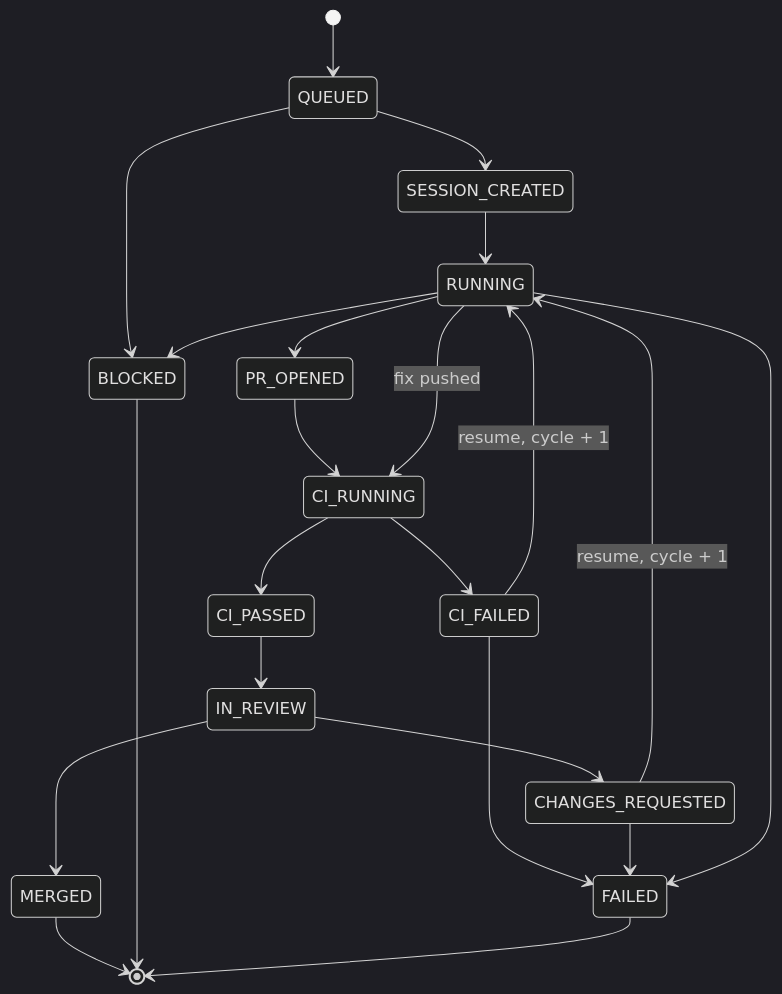
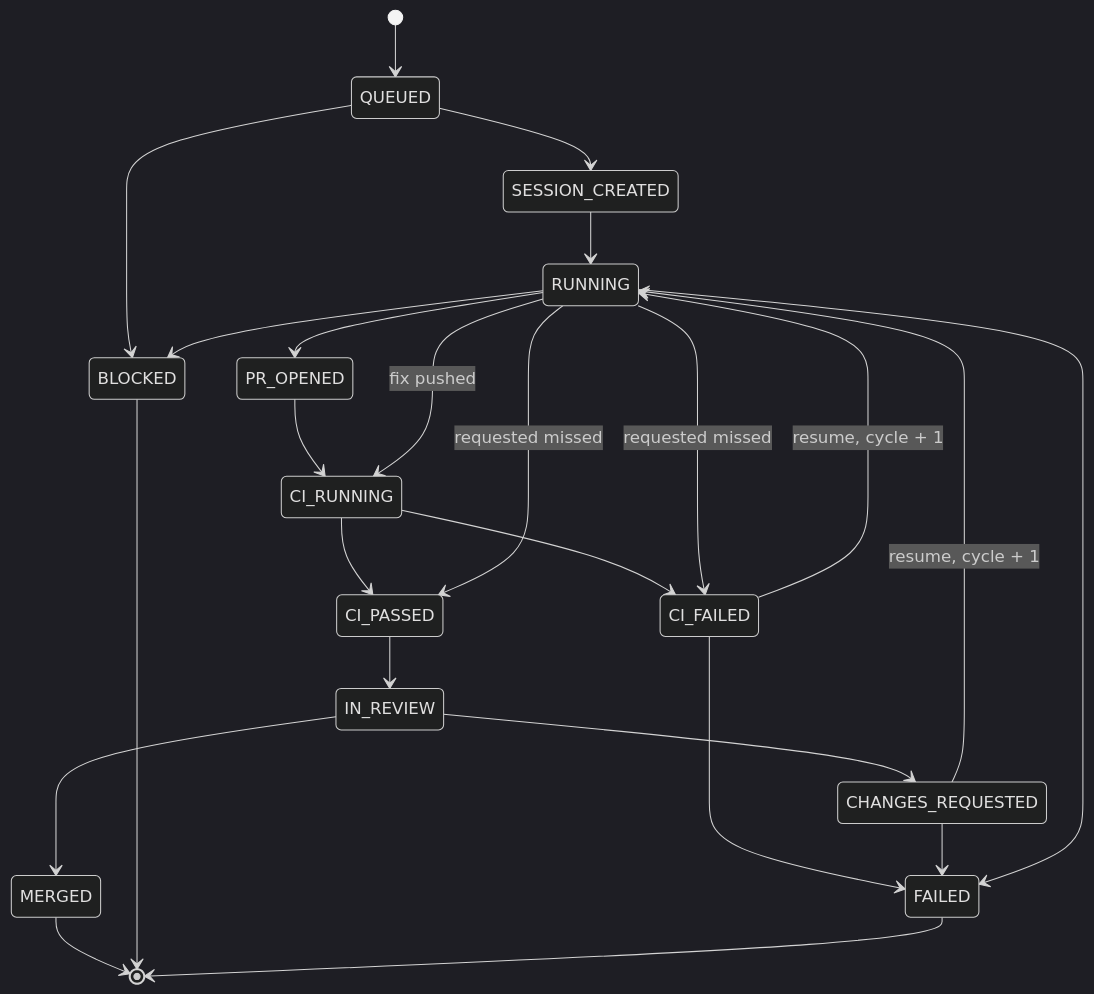
One commit to taxpon/sentinel changed the first of 2 diagrams in docs/04-state-machine.md. Above: the diagram before and after it, drawn with Mermaid (dark theme). The commit also changed 2 other files, not shown here.

Commit message:
T14: pin the default cycle limit and check the state diagram
DEFAULT_MAX_FIX_CYCLES was the one value in the module no test constrained:
every test touching it derived its expectation from the constant itself, so 2, 4
or 99 all left the suite green. The spec fixes it at 3 in the operations
configuration table, which is now where the test reads it from, like every other
transcription here.

The state diagram gained only one of the three widened edges last time. It now
draws RUNNING --> CI_PASSED and RUNNING --> CI_FAILED as well, and a test
compares the drawn edges against the transition table: exact in both directions
for the ordinary edges, subset for the escalation edges, which the table states
as "any" and the diagram draws selectively. The picture is what most readers
trust, and a picture nobody checked is how this went wrong to begin with.

Also narrow the claim in the test module docstring. Doc parity covers the state
list, the From and To columns, the pull-request conditions, the diagram and the
default limit — not the Trigger column, which is prose and stays a human
transcription.

Claude-Session: https://claude.ai/code/session_01U4fqW1kW1wEuQNTWLUXxTN

````diff
--- a/docs/04-state-machine.md
+++ b/docs/04-state-machine.md
@@ -7,24 +7,26 @@
 ```mermaid
 stateDiagram-v2
     [*] --> QUEUED
     QUEUED --> SESSION_CREATED
     SESSION_CREATED --> RUNNING
     RUNNING --> PR_OPENED
     PR_OPENED --> CI_RUNNING
     RUNNING --> CI_RUNNING : fix pushed
     CI_RUNNING --> CI_FAILED
     CI_RUNNING --> CI_PASSED
+    RUNNING --> CI_FAILED : requested missed
+    RUNNING --> CI_PASSED : requested missed
     CI_FAILED --> RUNNING : resume, cycle + 1
     CI_PASSED --> IN_REVIEW
     IN_REVIEW --> CHANGES_REQUESTED
     CHANGES_REQUESTED --> RUNNING : resume, cycle + 1
     IN_REVIEW --> MERGED
     QUEUED --> BLOCKED
     RUNNING --> BLOCKED
     CI_FAILED --> FAILED
     CHANGES_REQUESTED --> FAILED
     RUNNING --> FAILED
     MERGED --> [*]
     BLOCKED --> [*]
     FAILED --> [*]
 ```
````
